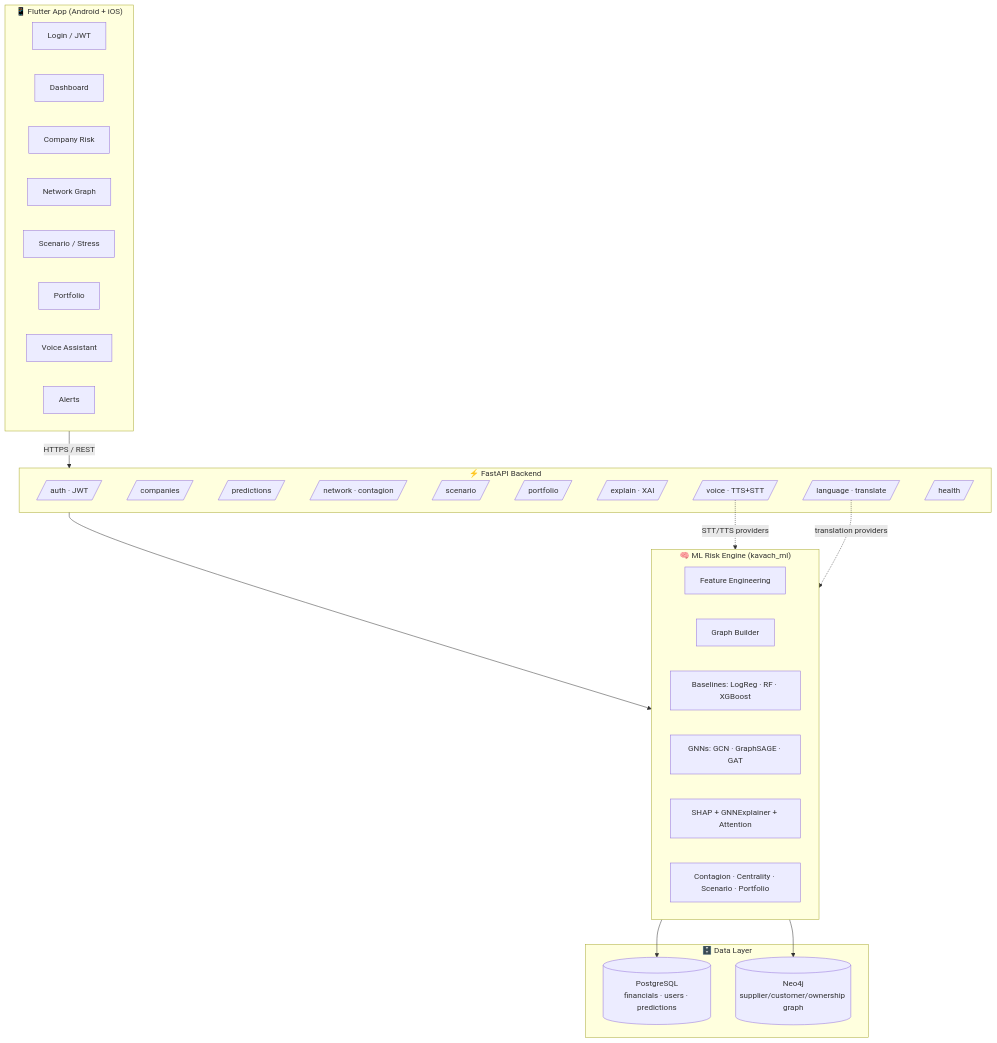
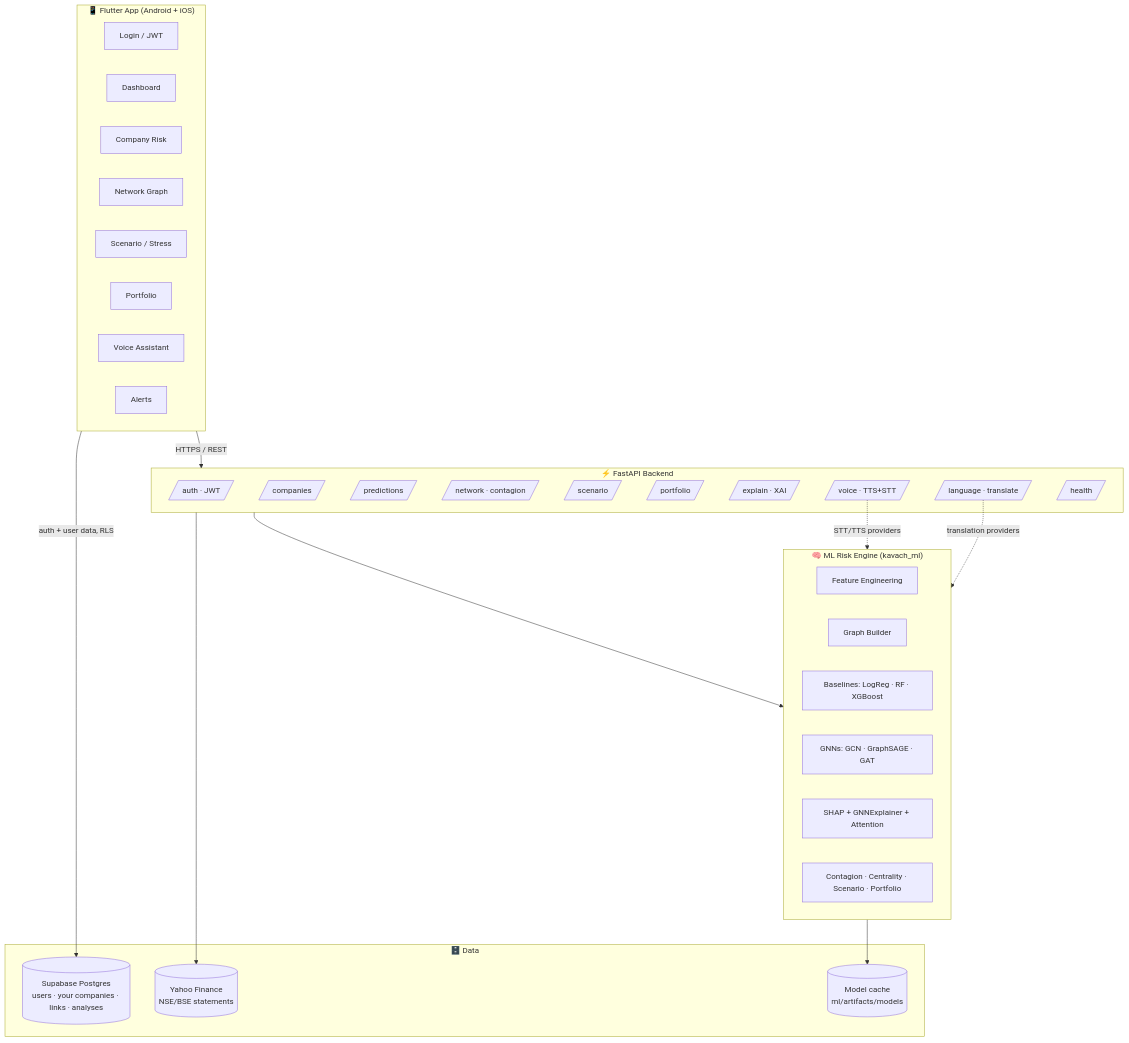
One commit to VardaM0512/Kavach-Graph-Neural-Network-Risk-Intelligence changed the first of 2 diagrams in README.md. Above: the diagram before and after it, drawn with Mermaid. The commit also changed other lines of this file and 145 other files, not shown here.

First line of the commit message:
PyG GNN ensemble in production, My Companies workspace, real-data ingestion

````diff
--- a/README.md
+++ b/README.md
@@ -119,47 +118,49 @@
 ```mermaid
 flowchart TB
     subgraph Client["📱 Flutter App (Android + iOS)"]
         L[Login / JWT]
         D[Dashboard]
         C[Company Risk]
         G[Network Graph]
         S[Scenario / Stress]
         P[Portfolio]
         V[Voice Assistant]
         A[Alerts]
     end
 
     subgraph API["⚡ FastAPI Backend"]
         AUTH[/auth · JWT/]
         COMP[/companies/]
         PRED[/predictions/]
         NET[/network · contagion/]
         SCEN[/scenario/]
         PORT[/portfolio/]
         EXP[/explain · XAI/]
         LANG[/language · translate/]
         VOICE[/voice · TTS+STT/]
         HEALTH[/health/]
     end
 
     subgraph Engine["🧠 ML Risk Engine (kavach_ml)"]
         FE[Feature Engineering]
         GB[Graph Builder]
         BASE[Baselines: LogReg · RF · XGBoost]
         GNN[GNNs: GCN · GraphSAGE · GAT]
         XAI[SHAP + GNNExplainer + Attention]
         AN[Contagion · Centrality · Scenario · Portfolio]
     end
 
-    subgraph Data["🗄️ Data Layer"]
-        PG[(PostgreSQL<br/>financials · users · predictions)]
-        NEO[(Neo4j<br/>supplier/customer/ownership graph)]
+    subgraph Data["🗄️ Data"]
+        SB[(Supabase Postgres<br/>users · your companies · links · analyses)]
+        YF[(Yahoo Finance<br/>NSE/BSE statements)]
+        MC[(Model cache<br/>ml/artifacts/models)]
     end
 
+    Client -->|auth + user data, RLS| SB
     Client -->|HTTPS / REST| API
     API --> Engine
-    Engine --> PG
-    Engine --> NEO
+    Engine --> MC
+    API --> YF
     VOICE -.->|STT/TTS providers| Engine
     LANG -.->|translation providers| Engine
 ```
````
